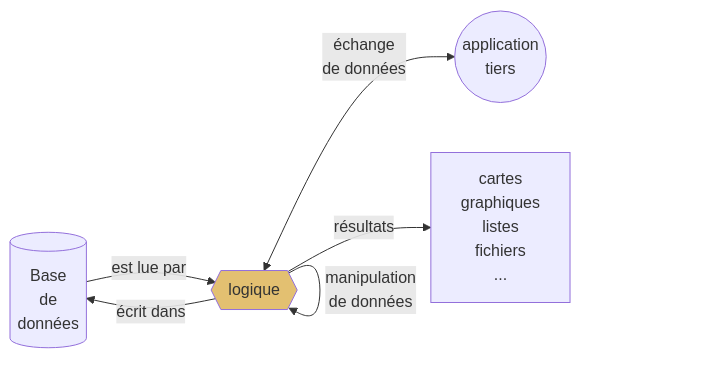
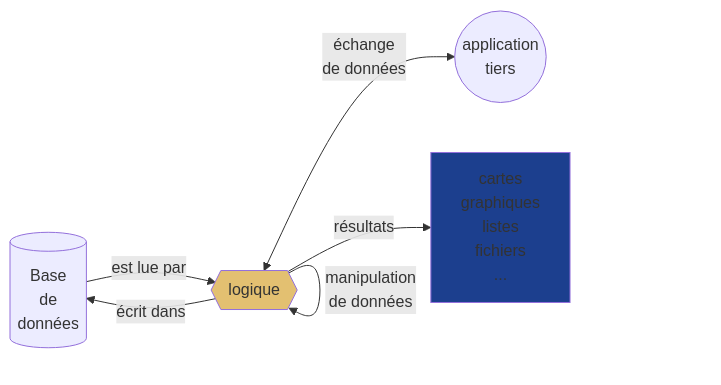
Before and after one commit to zoometh/thomashuet: the diagram in profiles/arcam-traject/README.md, drawn with Mermaid.

````diff
--- a/profiles/arcam-traject/README.md
+++ b/profiles/arcam-traject/README.md
@@ -107,9 +107,10 @@
 ```mermaid
 flowchart LR
-    A[(Base<br>de<br>données)] -- est lue par --> B{{logique}}:::eamenaRpkg;
+    A[(Base<br>de<br>données)] -- est lue par --> B{{logique}}:::logic;
     B -- "écrit dans" --> A;
     B -- manipulation<br>de données --> B;
     B <-- "échange<br>de données" --> C((application<br>tiers));
-    B -- résultats --> D[cartes<br>graphiques<br>listes<br>fichiers<br>...];
-    classDef eamenaRpkg fill:#e3c071;
+    B -- résultats --> D[cartes<br>graphiques<br>listes<br>fichiers<br>...]:::output;;
+    classDef logic fill:#e3c071;
+	classDef output fill:#1C3F8E;
 ```
````
